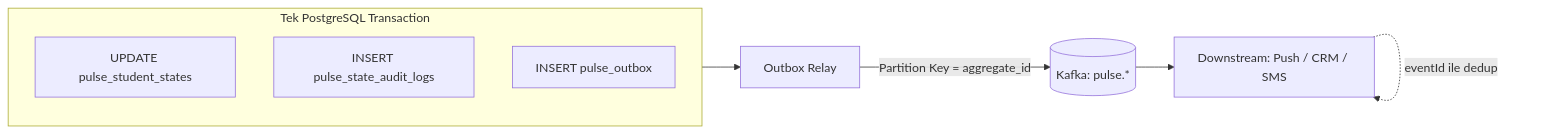
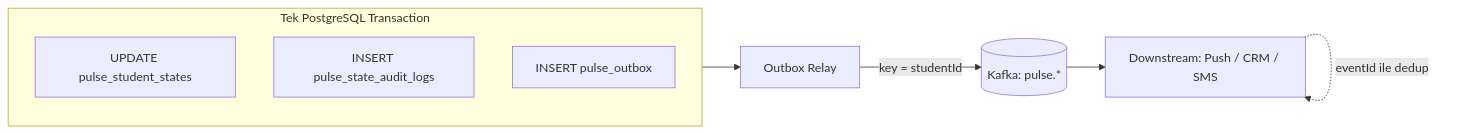
The third of 3 diagrams in docs/event-driven-messaging-architecture.md (Losdreyfedus/doping-pulse), drawn with Mermaid before and after one commit. The commit also changed 3 other files, not shown here.

First line of the commit message:
docs(pulse): fix truncated mermaid labels

````diff
--- a/docs/event-driven-messaging-architecture.md
+++ b/docs/event-driven-messaging-architecture.md
@@ -199,12 +199,12 @@
 ```mermaid
 flowchart LR
     subgraph TX [Tek PostgreSQL Transaction]
         S[UPDATE pulse_student_states]
         A[INSERT pulse_state_audit_logs]
         O[INSERT pulse_outbox]
     end
     TX --> R[Outbox Relay]
-    R -->|Partition Key = aggregate_id| K[(Kafka: pulse.*)]
+    R -->|key = studentId| K[(Kafka: pulse.*)]
     K --> D[Downstream: Push / CRM / SMS]
     D -.->|eventId ile dedup| D
 ```
````
